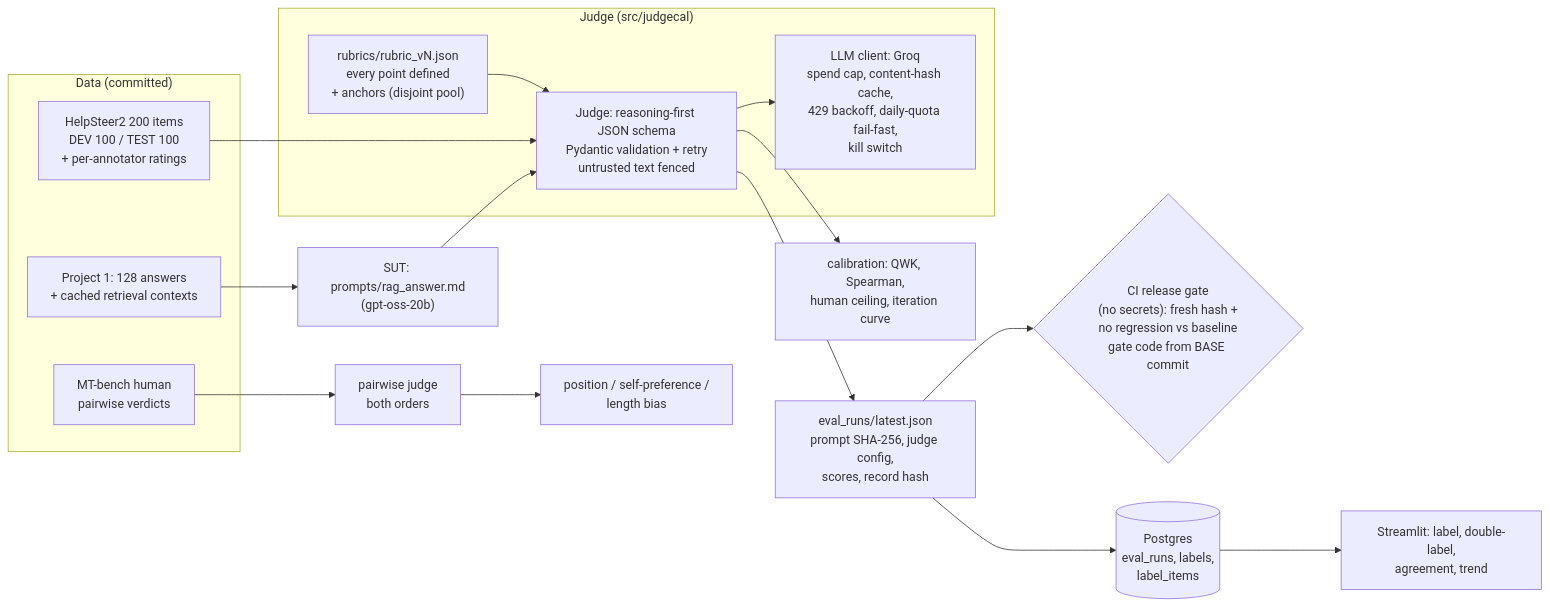
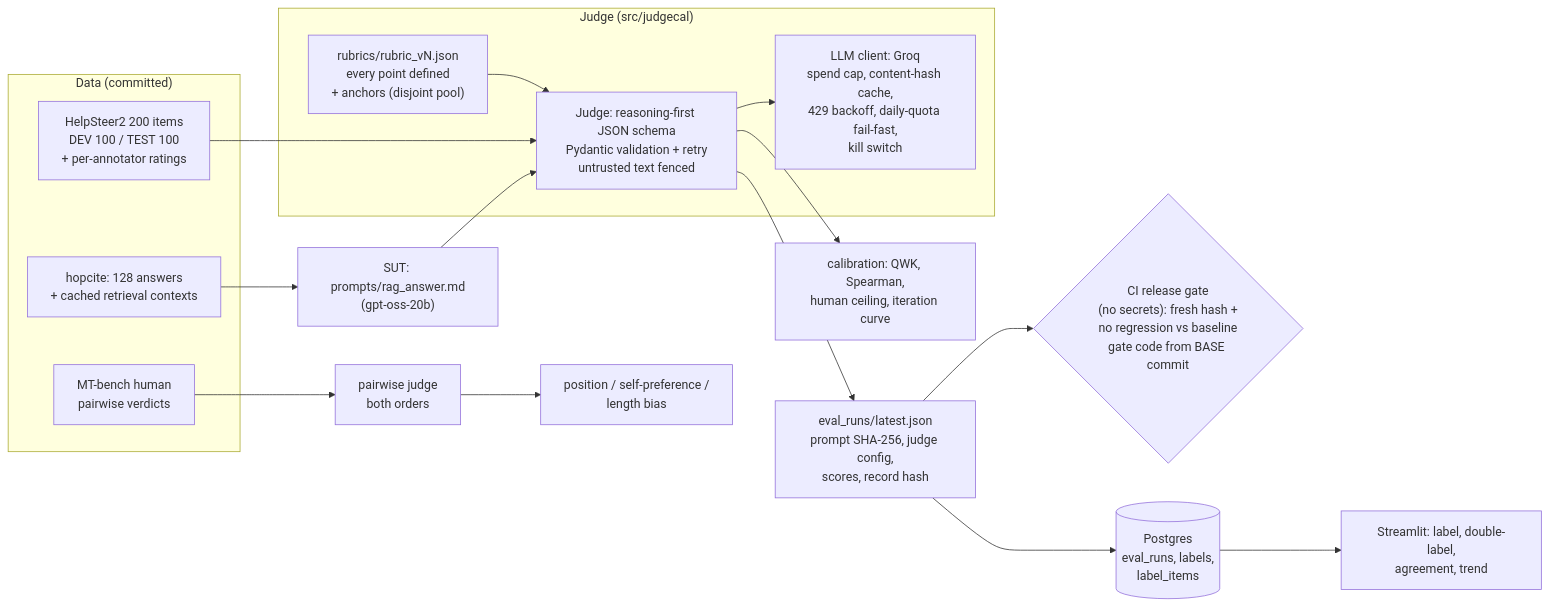
The diagram in README.md (niravpatidar37/kappajudge), drawn with Mermaid before and after one commit. The commit also changed other lines of this file and 6 other files, not shown here.

````diff
--- a/README.md
+++ b/README.md
@@ -136,21 +235,21 @@
 ```mermaid
 flowchart LR
   subgraph data["Data (committed)"]
     HS2["HelpSteer2 200 items<br/>DEV 100 / TEST 100<br/>+ per-annotator ratings"]
     MTB["MT-bench human<br/>pairwise verdicts"]
-    P1["Project 1: 128 answers<br/>+ cached retrieval contexts"]
+    P1["hopcite: 128 answers<br/>+ cached retrieval contexts"]
   end
   subgraph judge["Judge (src/judgecal)"]
     R["rubrics/rubric_vN.json<br/>every point defined<br/>+ anchors (disjoint pool)"]
     J["Judge: reasoning-first JSON schema<br/>Pydantic validation + retry<br/>untrusted text fenced"]
     L["LLM client: Groq<br/>spend cap, content-hash cache,<br/>429 backoff, daily-quota fail-fast,<br/>kill switch"]
     R --> J --> L
   end
   HS2 --> J --> CAL["calibration: QWK, Spearman,<br/>human ceiling, iteration curve"]
   MTB --> PJ["pairwise judge<br/>both orders"] --> BIAS["position / self-preference /<br/>length bias"]
   P1 --> SUT["SUT: prompts/rag_answer.md<br/>(gpt-oss-20b)"] --> J
   J --> REC["eval_runs/latest.json<br/>prompt SHA-256, judge config,<br/>scores, record hash"]
   REC --> CI{"CI release gate<br/>(no secrets): fresh hash +<br/>no regression vs baseline<br/>gate code from BASE commit"}
   REC --> PG[("Postgres<br/>eval_runs, labels,<br/>label_items")]
   PG --> UI["Streamlit: label, double-label,<br/>agreement, trend"]
 ```
````
